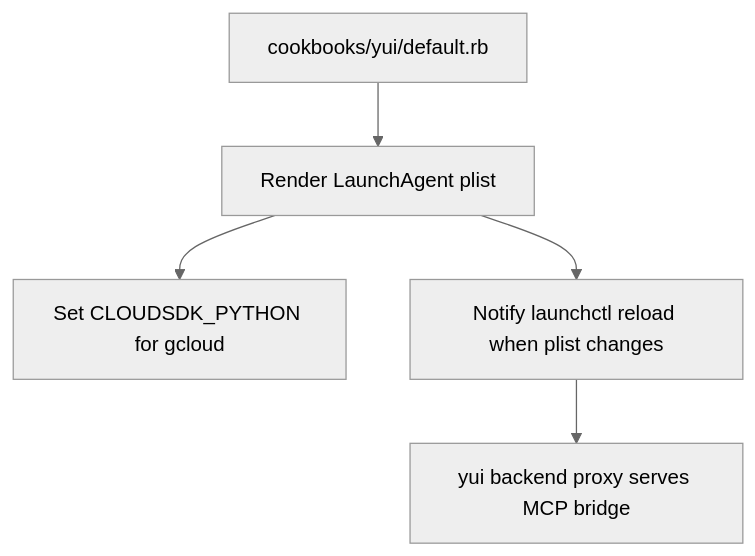
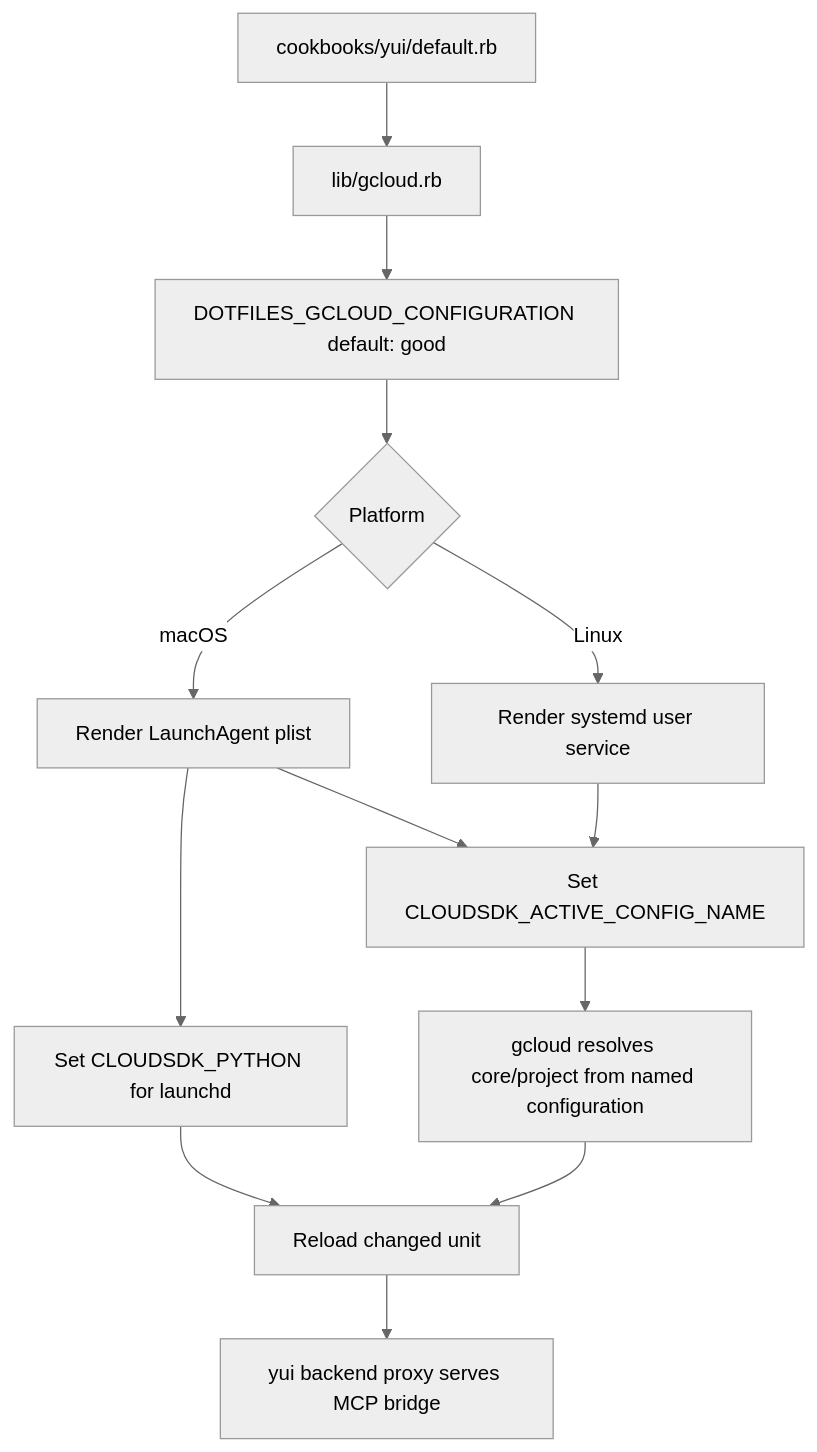
One commit to Tyaba/dotfiles changed the fourth of 4 diagrams in README.md. Above: the diagram before and after it, drawn with Mermaid (neutral theme). The commit also changed other lines of this file and 11 other files, not shown here.

````diff
--- a/README.md
+++ b/README.md
@@ -125,7 +197,15 @@
 ```mermaid
 flowchart TD
-    A[cookbooks/yui/default.rb] --> B[Render LaunchAgent plist]
-    B --> C[Set CLOUDSDK_PYTHON for gcloud]
-    B --> D[Notify launchctl reload when plist changes]
-    D --> E[yui backend proxy serves MCP bridge]
+    A[cookbooks/yui/default.rb] --> B[lib/gcloud.rb]
+    B --> C[DOTFILES_GCLOUD_CONFIGURATION default: good]
+    C --> D{Platform}
+    D -->|macOS| E[Render LaunchAgent plist]
+    D -->|Linux| F[Render systemd user service]
+    E --> G[Set CLOUDSDK_ACTIVE_CONFIG_NAME]
+    F --> G
+    E --> H[Set CLOUDSDK_PYTHON for launchd]
+    G --> I[gcloud resolves core/project from named configuration]
+    H --> J[Reload changed unit]
+    I --> J
+    J --> K[yui backend proxy serves MCP bridge]
 ```
````
